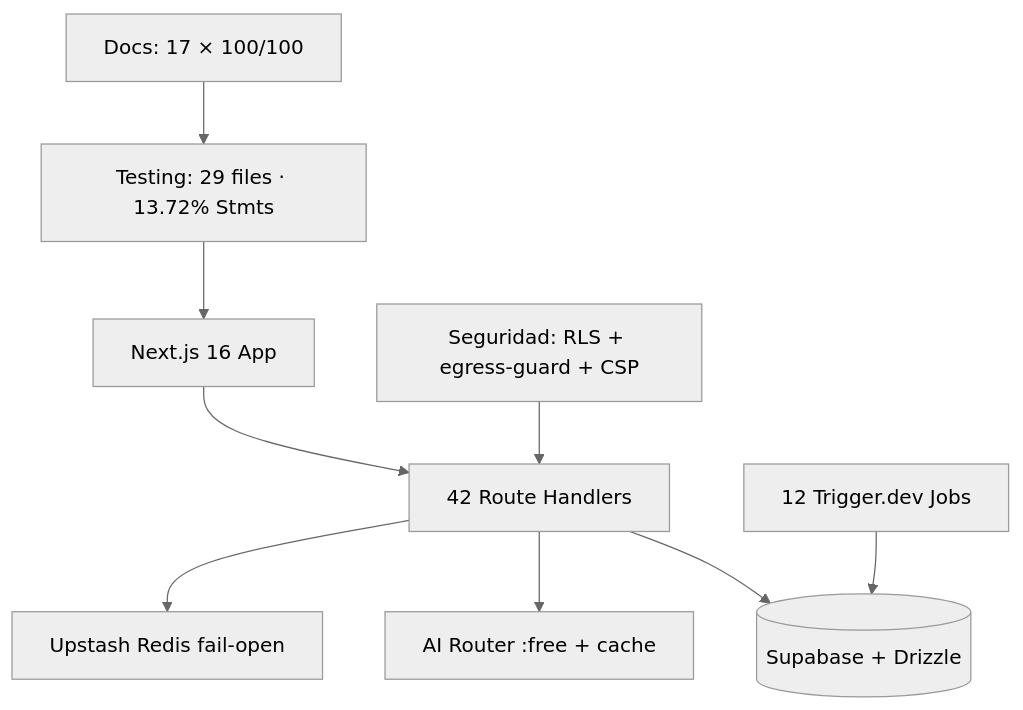
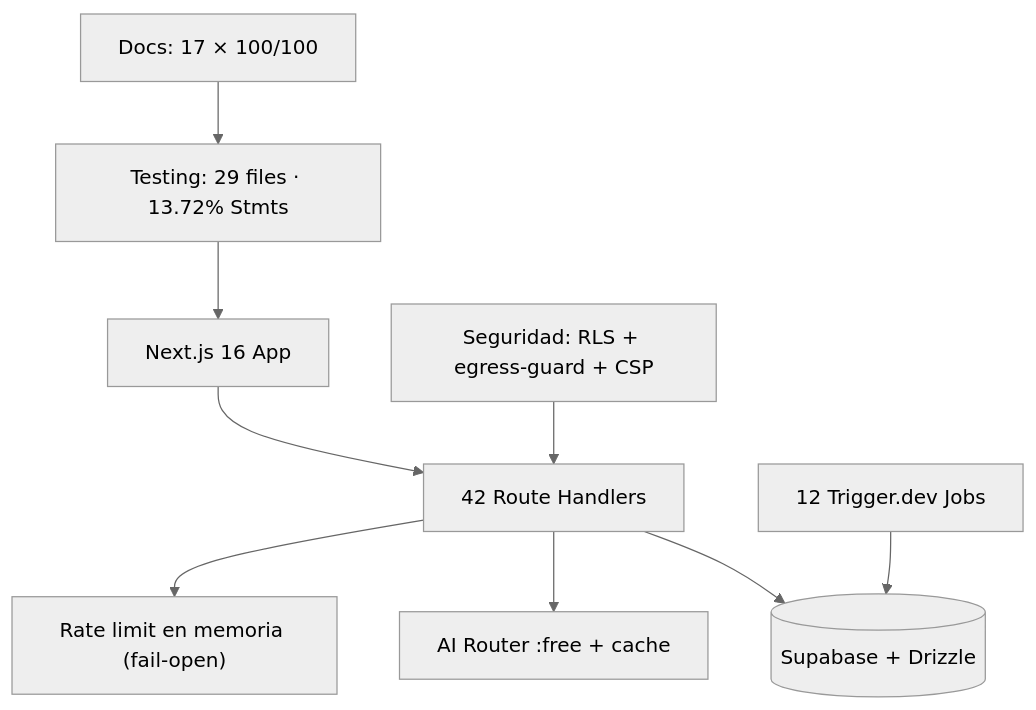
Before and after one commit to StrategicConnex/StrategicConnexAudit: the first of 2 diagrams in docs/improvements/FINAL-REPORT.md, drawn with Mermaid (neutral theme). The commit also changed other lines of this file and 67 other files, not shown here.

````diff
--- a/docs/improvements/FINAL-REPORT.md
+++ b/docs/improvements/FINAL-REPORT.md
@@ -334,11 +335,11 @@
 ```mermaid
 flowchart TB
     APP["Next.js 16 App"] --> API["42 Route Handlers"]
     API --> DB[(Supabase + Drizzle)]
     API --> IA["AI Router :free + cache"]
-    API --> RD["Upstash Redis fail-open"]
+    API --> RL["Rate limit en memoria (fail-open)"]
     TR["12 Trigger.dev Jobs"] --> DB
     SEC["Seguridad: RLS + egress-guard + CSP"] --> API
     TST["Testing: 29 files · 13.72% Stmts"] --> APP
     DOC["Docs: 17 × 100/100"] --> TST
 ```
````
